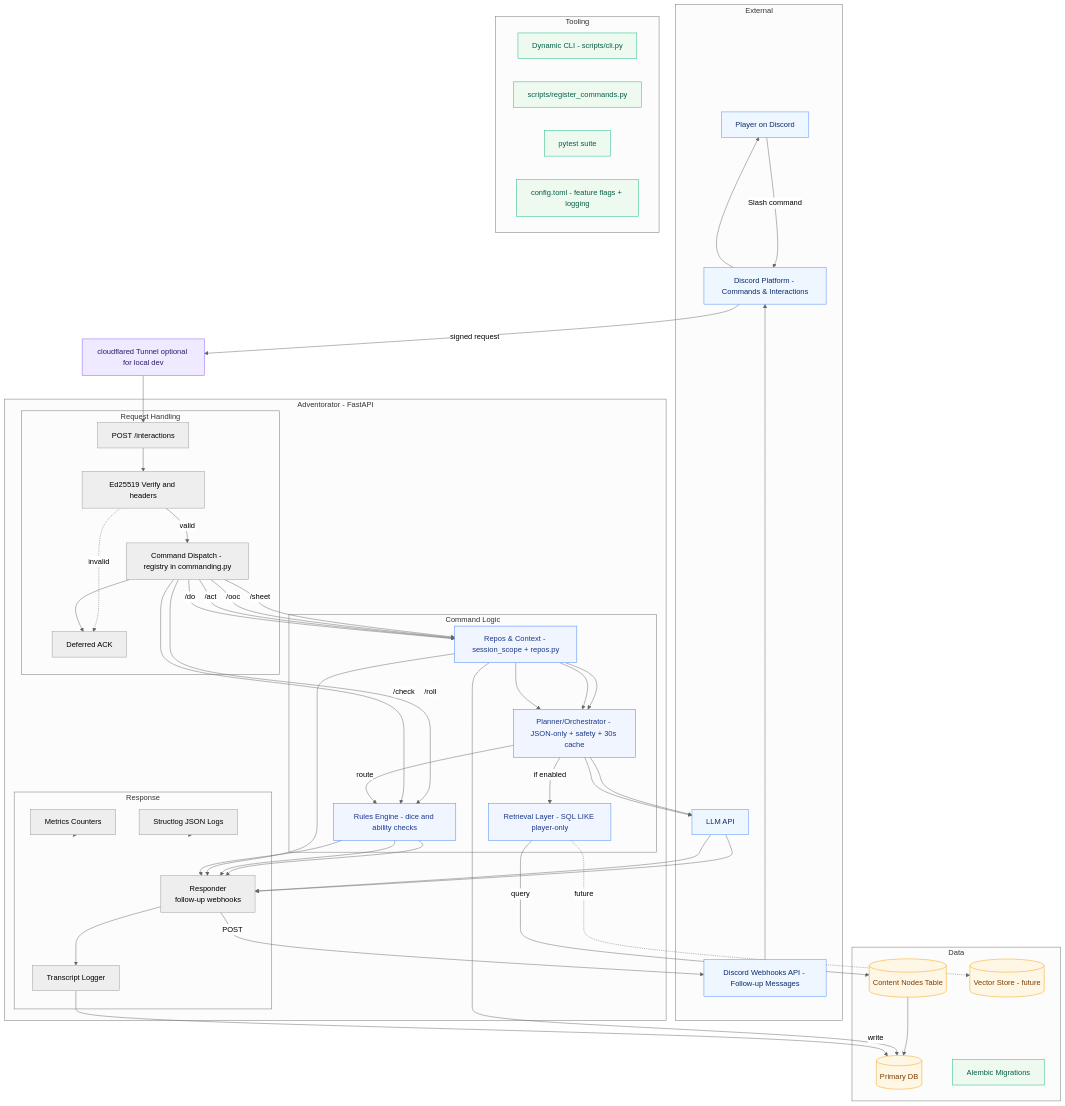
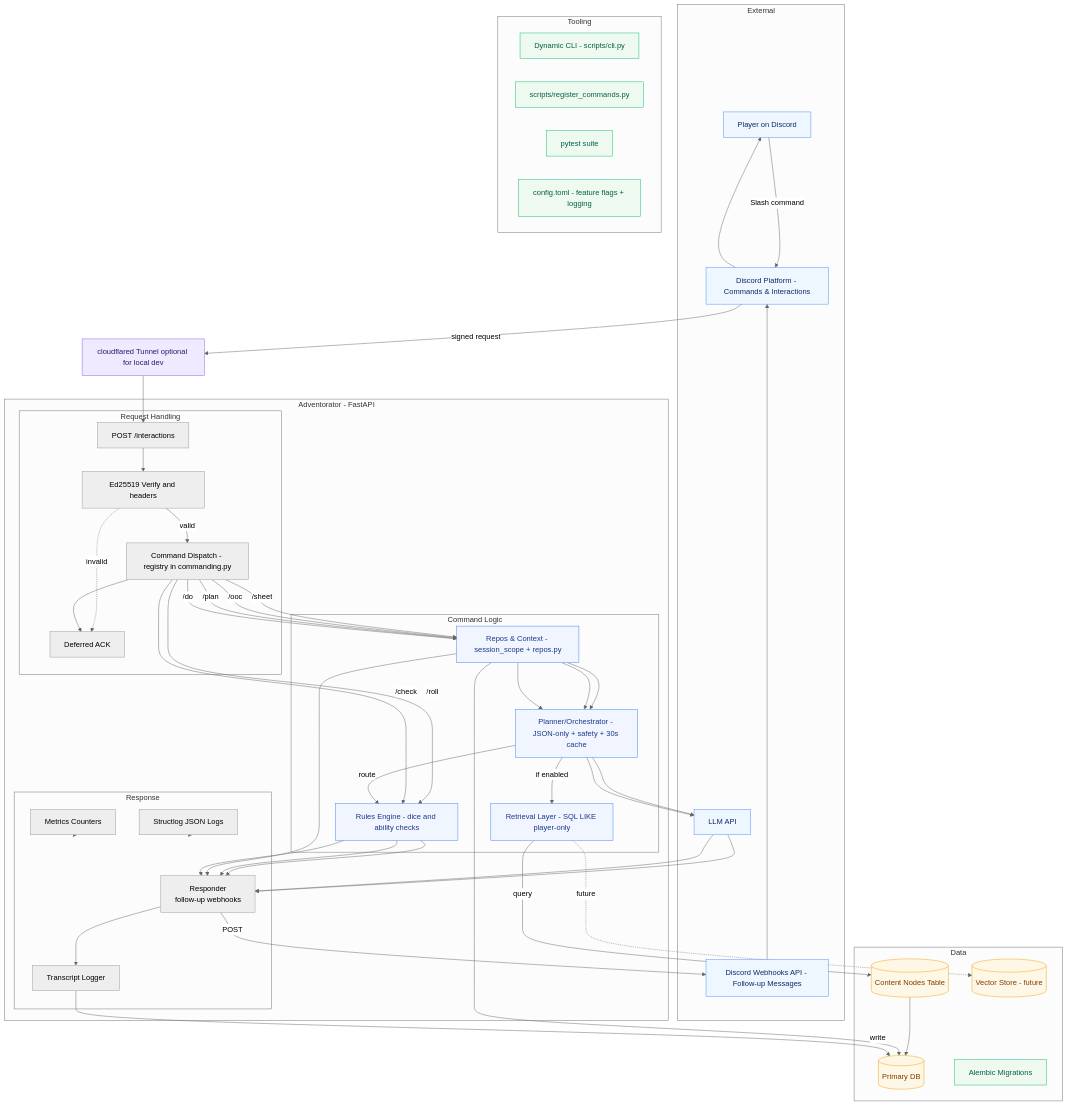
The first of 3 diagrams in README.md (crashtestbrandt/Adventorator), drawn with Mermaid (neutral theme) before and after one commit. The commit also changed other lines of this file and 9 other files, not shown here.

Commit message:
act -> plan

```diff
--- a/README.md
+++ b/README.md
@@ -134,7 +134,7 @@
   DISP -- "/check" --> RULES --> RESP
   DISP -- "/sheet" --> REPOS --> RESP
   DISP -- "/ooc" --> REPOS --> PLAN --> LLM --> RESP
-  DISP -- "/act" --> REPOS --> PLAN -->|route| RULES --> RESP
+  DISP -- "/plan" --> REPOS --> PLAN -->|route| RULES --> RESP
   DISP -- "/do" --> REPOS --> PLAN --> LLM --> RESP
 
   %% === Orchestrator Augmentation (Phase 6) ===
```
